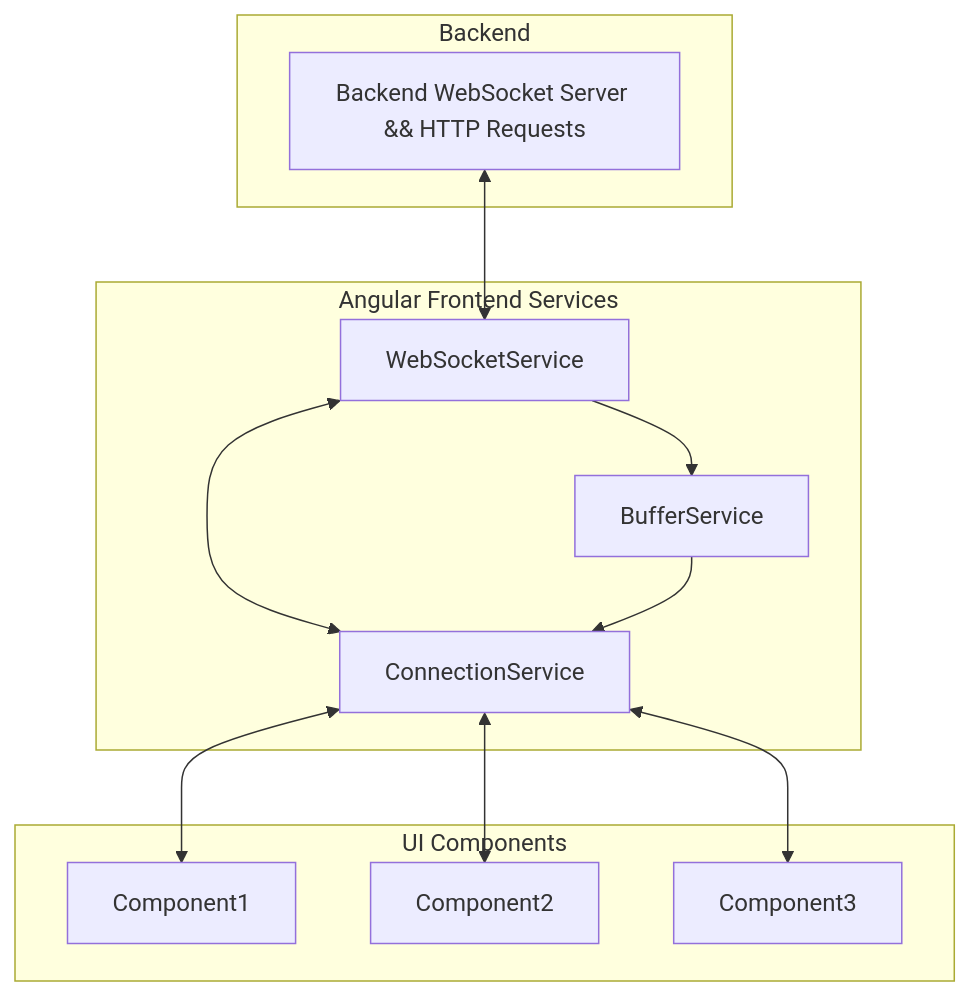
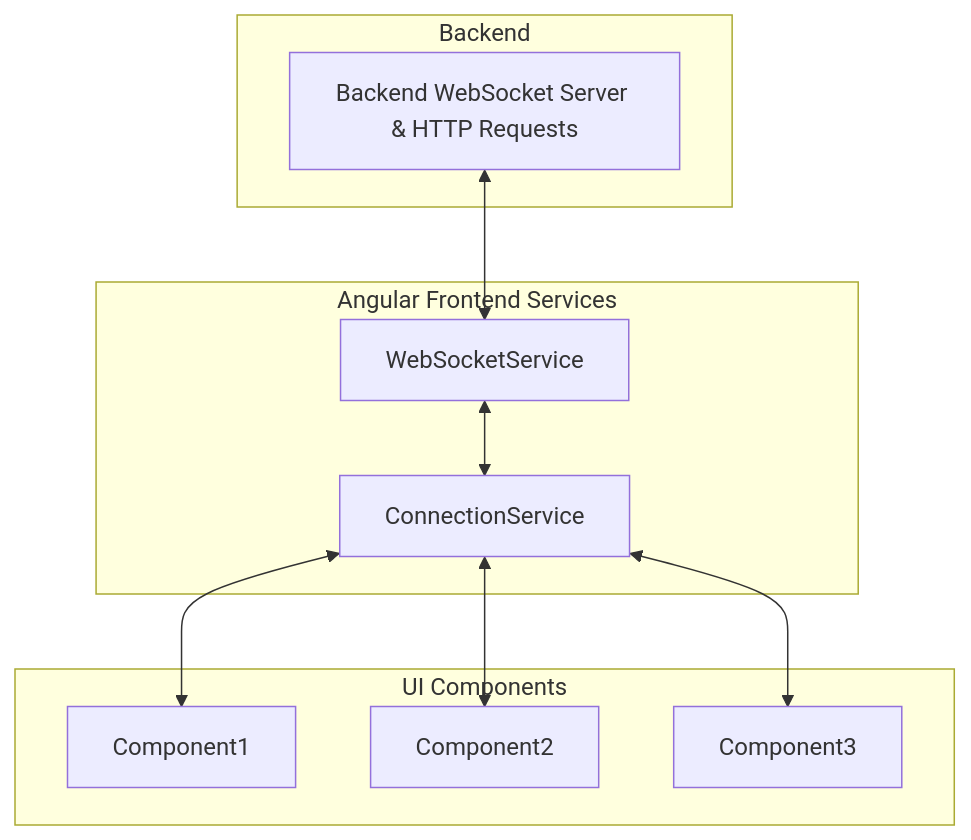
Before and after one commit to FoniksFox/Telemetry-App: the diagram in frontend/README.md, drawn with Mermaid. The commit also changed other lines of this file, not shown here.

Commit message:
docs(frontend): update README with Connection Service

````diff
--- a/frontend/README.md
+++ b/frontend/README.md
@@ -120,29 +128,26 @@
 ```mermaid
 graph TD
     subgraph "Backend"
-        Back[Backend WebSocket Server && HTTP Requests]
+        Back[Backend WebSocket Server & HTTP Requests]
     end
-    
+  
     subgraph "Angular Frontend Services"
         WS[WebSocketService]
-        BS[BufferService]
         CS[ConnectionService]
     end
-    
+  
     subgraph "UI Components"
         C1[Component1]
         C2[Component2]
         C3[Component3]
     end
-    
+  
     %% Service Layer Flow
     Back <--> WS
-    WS --> BS
     WS <--> CS
-    BS --> CS
-    
+  
     %% Component Layer Flow
     CS <--> C1
     CS <--> C2
     CS <--> C3
 ```
````
